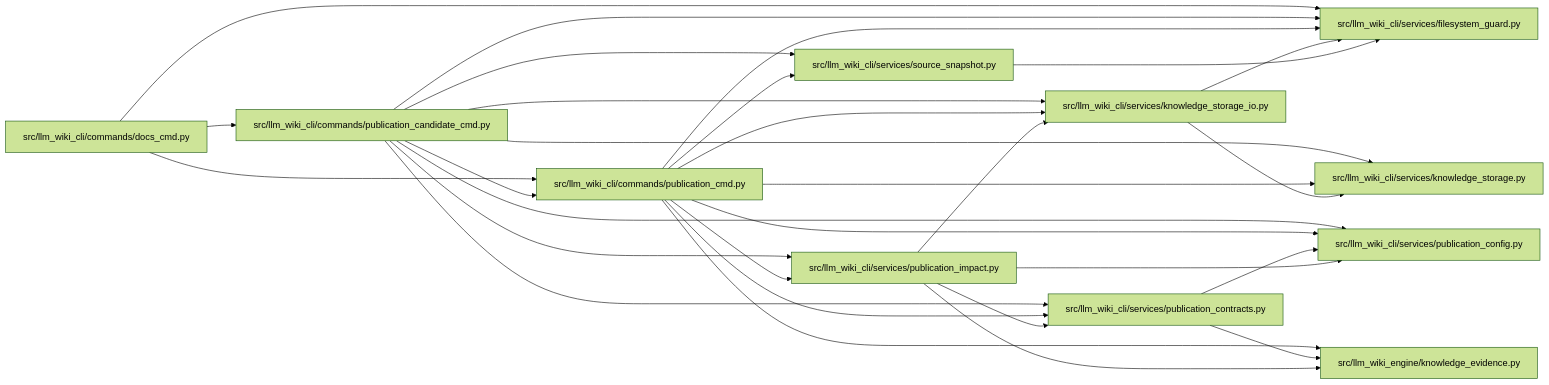
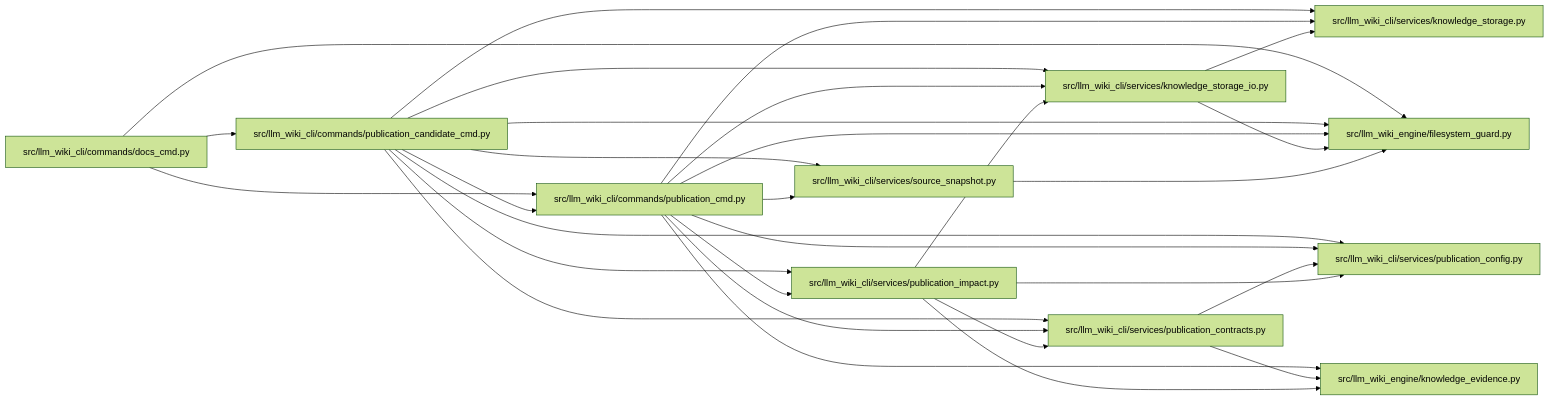
One commit to Denissvgn/python-wiki-llm changed the diagram in docs/llm_wiki/modules/publication_cmd.md. Above: the diagram before and after it, drawn with Mermaid (forest theme). The commit also changed other lines of this file and 739 other files, not shown here.

First line of the commit message:
docs: refresh the wiki for the second engine batch

````diff
--- a/docs/llm_wiki/modules/publication_cmd.md
+++ b/docs/llm_wiki/modules/publication_cmd.md
@@ -30,53 +30,53 @@
 ```mermaid
 flowchart LR
     n0["src/llm_wiki_cli/commands/docs_cmd.py"]
     n1["src/llm_wiki_cli/commands/publication_candidate_cmd.py"]
     n2["src/llm_wiki_cli/commands/publication_cmd.py"]
-    n3["src/llm_wiki_cli/services/filesystem_guard.py"]
-    n4["src/llm_wiki_cli/services/knowledge_storage.py"]
-    n5["src/llm_wiki_cli/services/knowledge_storage_io.py"]
-    n6["src/llm_wiki_cli/services/publication_config.py"]
-    n7["src/llm_wiki_cli/services/publication_contracts.py"]
-    n8["src/llm_wiki_cli/services/publication_impact.py"]
-    n9["src/llm_wiki_cli/services/source_snapshot.py"]
+    n3["src/llm_wiki_cli/services/knowledge_storage.py"]
+    n4["src/llm_wiki_cli/services/knowledge_storage_io.py"]
+    n5["src/llm_wiki_cli/services/publication_config.py"]
+    n6["src/llm_wiki_cli/services/publication_contracts.py"]
+    n7["src/llm_wiki_cli/services/publication_impact.py"]
+    n8["src/llm_wiki_cli/services/source_snapshot.py"]
+    n9["src/llm_wiki_engine/filesystem_guard.py"]
     n10["src/llm_wiki_engine/knowledge_evidence.py"]
     n0 --> n1
     n0 --> n2
-    n0 --> n3
+    n0 --> n9
     n1 --> n2
     n1 --> n3
     n1 --> n4
     n1 --> n5
     n1 --> n6
     n1 --> n7
     n1 --> n8
     n1 --> n9
     n2 --> n3
     n2 --> n4
     n2 --> n5
     n2 --> n6
     n2 --> n7
     n2 --> n8
     n2 --> n9
     n2 --> n10
-    n5 --> n3
-    n5 --> n4
+    n4 --> n3
+    n4 --> n9
+    n6 --> n5
+    n6 --> n10
+    n7 --> n4
+    n7 --> n5
     n7 --> n6
     n7 --> n10
-    n8 --> n5
-    n8 --> n6
-    n8 --> n7
-    n8 --> n10
-    n9 --> n3
+    n8 --> n9
     click n0 "../modules/docs_cmd.md"
     click n1 "../modules/publication_candidate_cmd.md"
     click n2 "../modules/publication_cmd.md"
-    click n3 "../modules/filesystem_guard.md"
-    click n4 "../modules/knowledge_storage.md"
-    click n5 "../modules/knowledge_storage_io.md"
-    click n6 "../modules/publication_config.md"
-    click n7 "../modules/publication_contracts.md"
-    click n8 "../modules/publication_impact.md"
-    click n9 "../modules/source_snapshot.md"
+    click n3 "../modules/knowledge_storage.md"
+    click n4 "../modules/knowledge_storage_io.md"
+    click n5 "../modules/publication_config.md"
+    click n6 "../modules/publication_contracts.md"
+    click n7 "../modules/publication_impact.md"
+    click n8 "../modules/source_snapshot.md"
+    click n9 "../modules/filesystem_guard.md"
     click n10 "../modules/knowledge_evidence.md"
 ```
````
